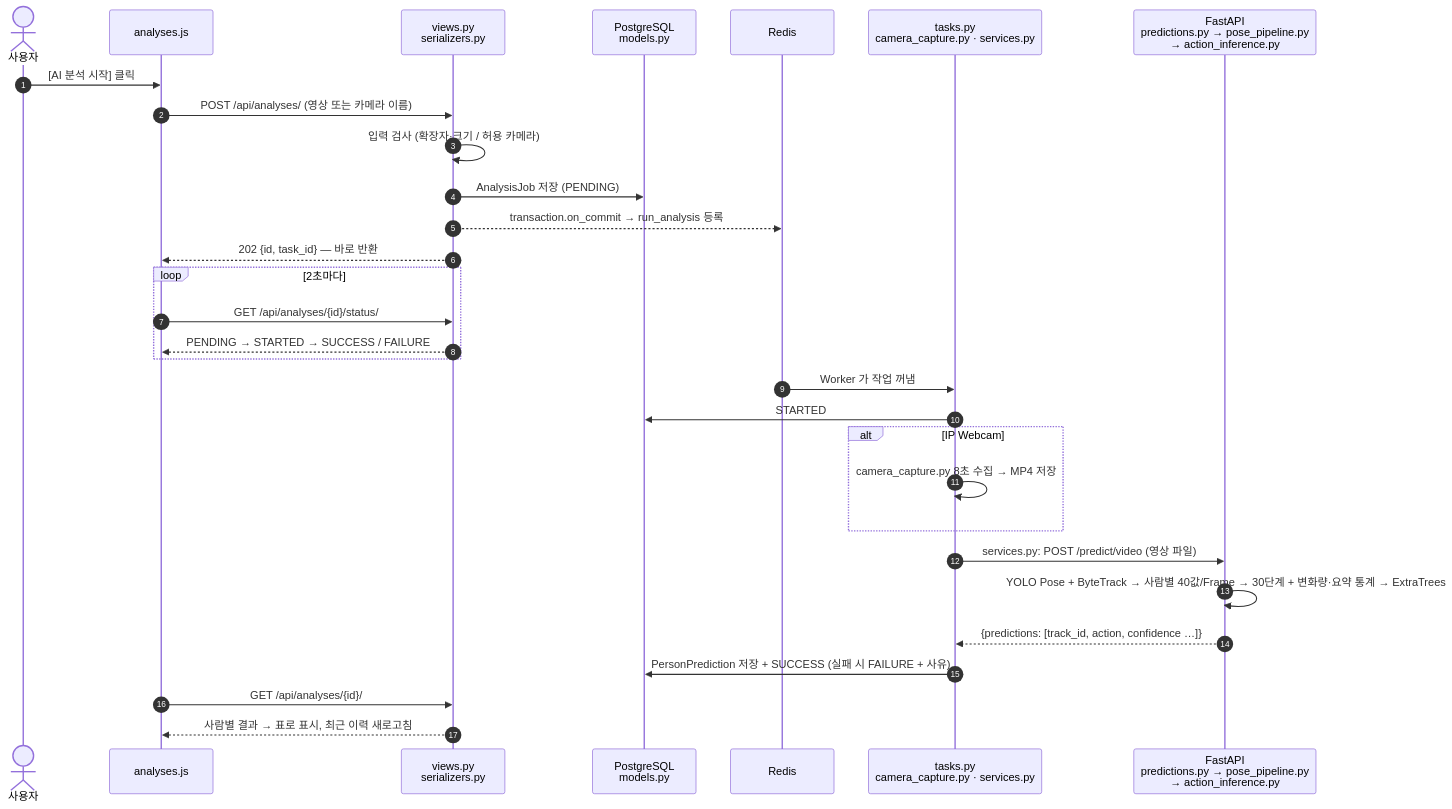
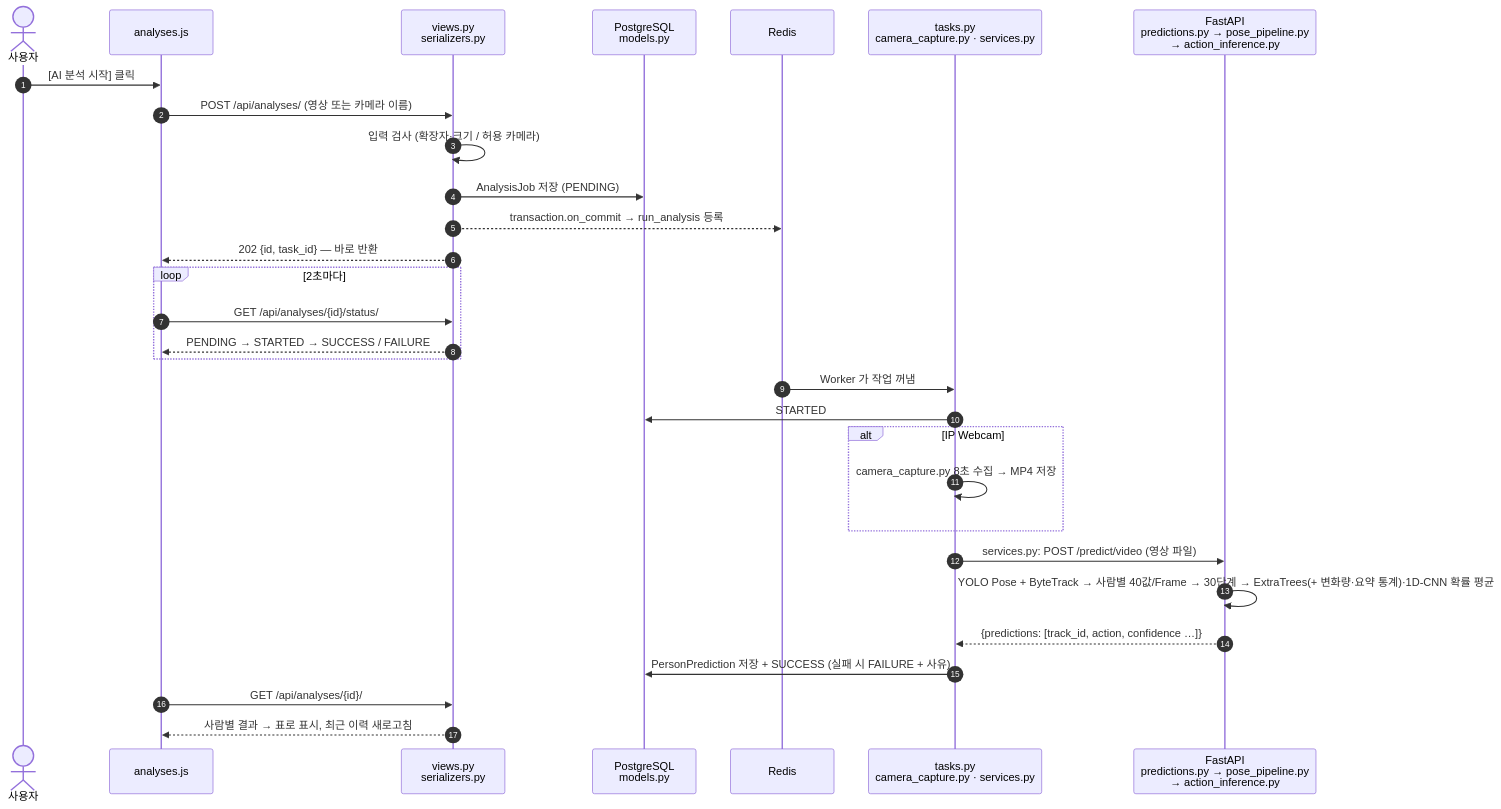
Before and after one commit to wlgptjd333/store-anomaly-service: the third of 3 diagrams in README.md, drawn with Mermaid. The commit also changed other lines of this file and 8 other files, not shown here.

Commit message:
모델: ExtraTrees + 시간 순서 1D-CNN 확률 평균 (4-fold 82.4 → 88.6, Test S05 78.4 → 82.4), update_model.sh 가 CNN·temporal_cnn 도 복사

````diff
--- a/README.md
+++ b/README.md
@@ -187,33 +188,33 @@
 ```mermaid
 sequenceDiagram
     autonumber
     actor U as 사용자
     participant JS as analyses.js
     participant V as views.py<br/>serializers.py
     participant DB as PostgreSQL<br/>models.py
     participant Q as Redis
     participant T as tasks.py<br/>camera_capture.py · services.py
     participant F as FastAPI<br/>predictions.py → pose_pipeline.py<br/>→ action_inference.py
 
     U->>JS: [AI 분석 시작] 클릭
     JS->>V: POST /api/analyses/ (영상 또는 카메라 이름)
     V->>V: 입력 검사 (확장자·크기 / 허용 카메라)
     V->>DB: AnalysisJob 저장 (PENDING)
     V-->>Q: transaction.on_commit → run_analysis 등록
     V-->>JS: 202 {id, task_id} — 바로 반환
     loop 2초마다
         JS->>V: GET /api/analyses/{id}/status/
         V-->>JS: PENDING → STARTED → SUCCESS / FAILURE
     end
     Q->>T: Worker 가 작업 꺼냄
     T->>DB: STARTED
     alt IP Webcam
         T->>T: camera_capture.py 8초 수집 → MP4 저장
     end
     T->>F: services.py: POST /predict/video (영상 파일)
-    F->>F: YOLO Pose + ByteTrack → 사람별 40값/Frame → 30단계 + 변화량·요약 통계 → ExtraTrees
+    F->>F: YOLO Pose + ByteTrack → 사람별 40값/Frame → 30단계 → ExtraTrees(+ 변화량·요약 통계)·1D-CNN 확률 평균
     F-->>T: {predictions: [track_id, action, confidence …]}
     T->>DB: PersonPrediction 저장 + SUCCESS (실패 시 FAILURE + 사유)
     JS->>V: GET /api/analyses/{id}/
     V-->>JS: 사람별 결과 → 표로 표시, 최근 이력 새로고침
 ```
````
